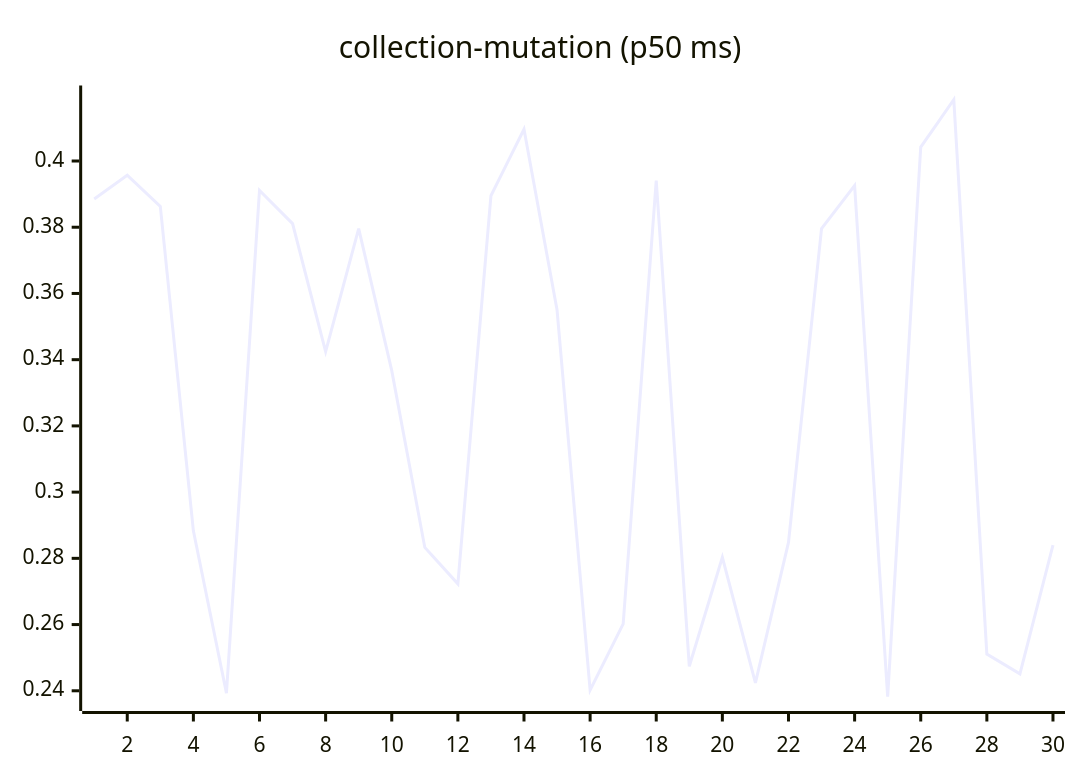
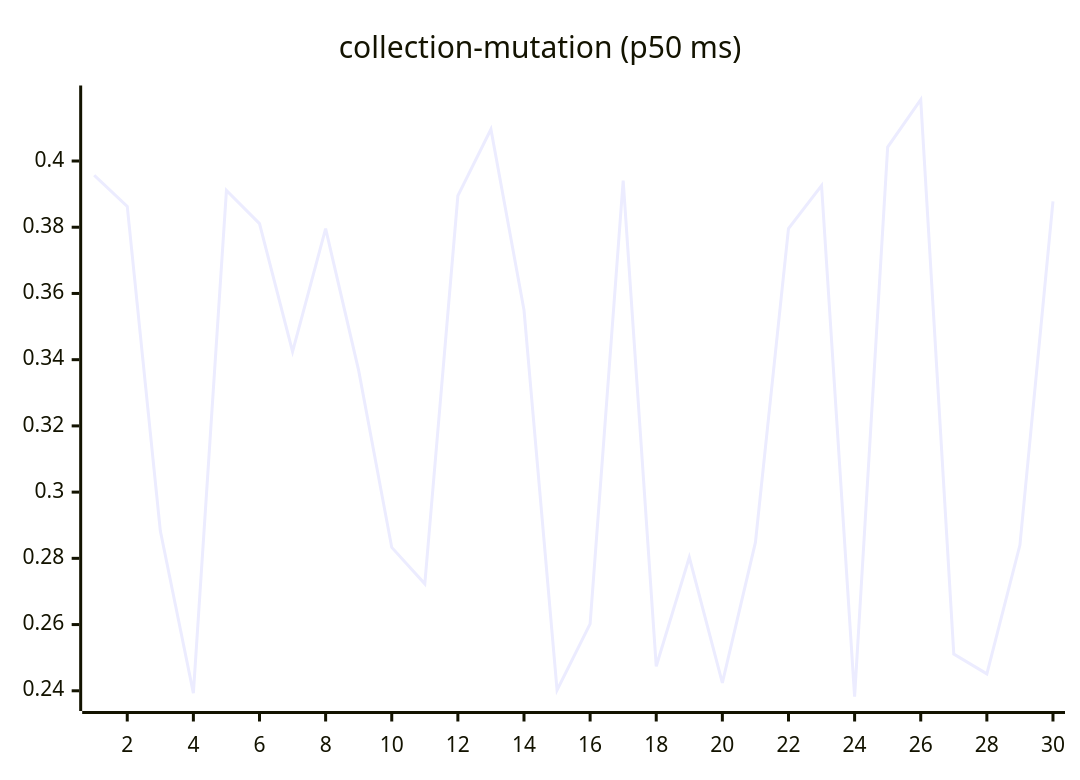
Before and after one commit to josha/Facet: the sixth of 27 diagrams in README.md, drawn with Mermaid. The commit also changed other lines of this file and 2 other files, not shown here.

````diff
--- a/README.md
+++ b/README.md
@@ -98,6 +98,6 @@
 ```mermaid
 xychart-beta
     title "collection-mutation (p50 ms)"
     x-axis 1 --> 30
-    line [0.3885, 0.3957, 0.3863, 0.2883, 0.2393, 0.3911, 0.3811, 0.3424, 0.3796, 0.3367, 0.2833, 0.2723, 0.3895, 0.4096, 0.3550, 0.2402, 0.2602, 0.3941, 0.2474, 0.2803, 0.2424, 0.2848, 0.3796, 0.3926, 0.2382, 0.4042, 0.4185, 0.2511, 0.2451, 0.2840]
+    line [0.3957, 0.3863, 0.2883, 0.2393, 0.3911, 0.3811, 0.3424, 0.3796, 0.3367, 0.2833, 0.2723, 0.3895, 0.4096, 0.3550, 0.2402, 0.2602, 0.3941, 0.2474, 0.2803, 0.2424, 0.2848, 0.3796, 0.3926, 0.2382, 0.4042, 0.4185, 0.2511, 0.2451, 0.2840, 0.3878]
 ```
````
